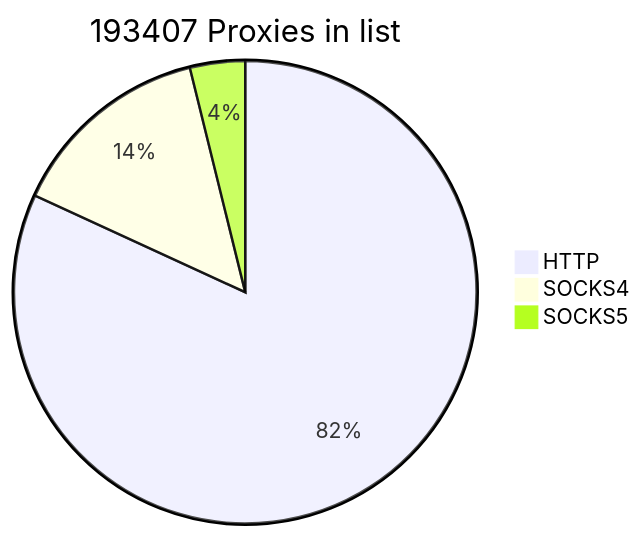
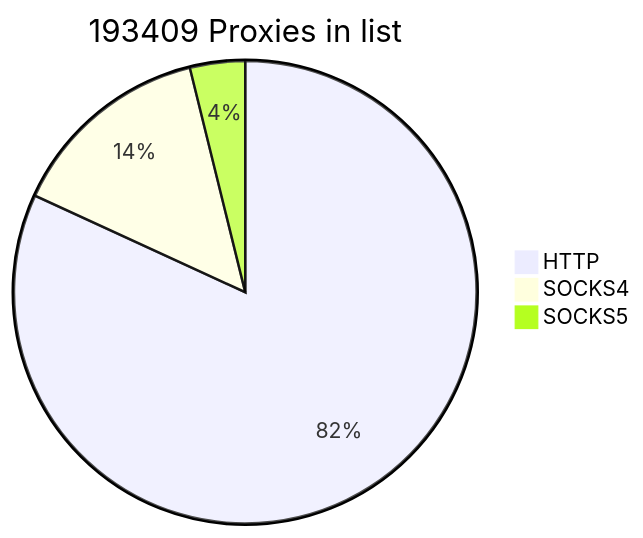
One commit to cutipu/proxylist changed the first of 2 diagrams in README.md. Above: the diagram before and after it, drawn with Mermaid. The commit also changed other lines of this file, not shown here.

````diff
--- a/README.md
+++ b/README.md
@@ -2,7 +2,7 @@
 ```mermaid
-pie title 193407 Proxies in list
+pie title 193409 Proxies in list
     "HTTP" : 158309
-    "SOCKS4" : 27650
-    "SOCKS5" : 7448
+    "SOCKS4" : 27651
+    "SOCKS5" : 7449
             
 ```
````
